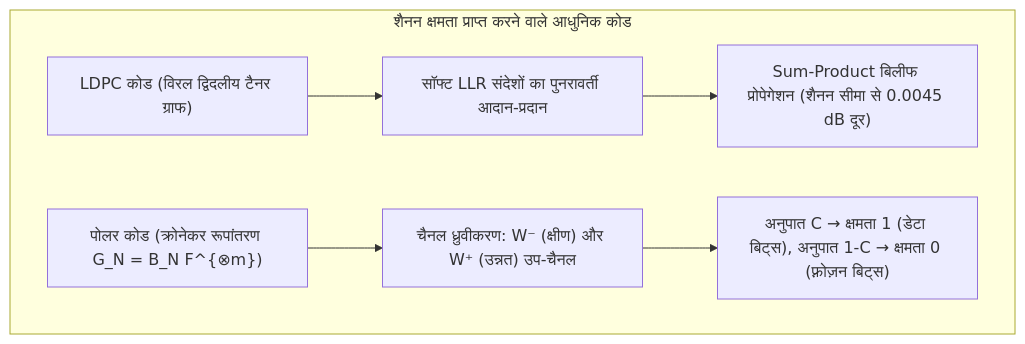
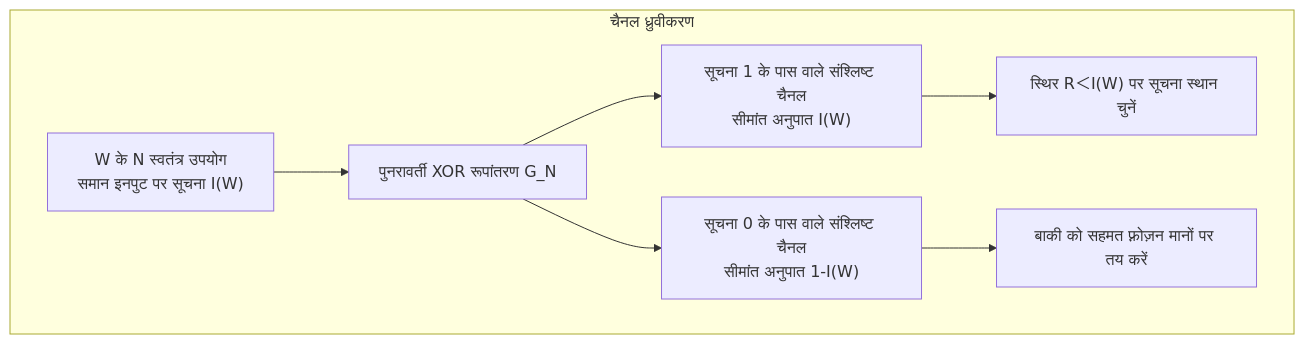
One commit to kenjinote/blog changed the fourth of 4 diagrams in content/post/error-correcting-codes-hamming-reed-solomon-ldpc-shannon-capacity-information-theory/index.hi.md. Above: the diagram before and after it, drawn with Mermaid. The commit also changed other lines of this file and 12 other files, not shown here.

````diff
--- a/content/post/error-correcting-codes-hamming-reed-solomon-ldpc-shannon-capacity-information-theory/index.hi.md
+++ b/content/post/error-correcting-codes-hamming-reed-solomon-ldpc-shannon-capacity-information-theory/index.hi.md
@@ -133,9 +508,10 @@
 ```mermaid
 flowchart TD
-    subgraph CapHI["शैनन क्षमता प्राप्त करने वाले आधुनिक कोड"]
-        L1["LDPC कोड (विरल द्विदलीय टैनर ग्राफ)"] --> L2["सॉफ्ट LLR संदेशों का पुनरावर्ती आदान-प्रदान"]
-        L2 --> L3["Sum-Product बिलीफ प्रोपेगेशन (शैनन सीमा से 0.0045 dB दूर)"]
-        P1["पोलर कोड (क्रोनेकर रूपांतरण G_N = B_N F^{⊗m})"] --> P2["चैनल ध्रुवीकरण: W⁻ (क्षीण) और W⁺ (उन्नत) उप-चैनल"]
-        P2 --> P3["अनुपात C → क्षमता 1 (डेटा बिट्स), अनुपात 1-C → क्षमता 0 (फ़्रोज़न बिट्स)"]
+    subgraph Polar["चैनल ध्रुवीकरण"]
+        W["W के N स्वतंत्र उपयोग<br/>समान इनपुट पर सूचना I(W)"] --> Kron["पुनरावर्ती XOR रूपांतरण G_N"]
+        Kron --> Good["सूचना 1 के पास वाले संश्लिष्ट चैनल<br/>सीमांत अनुपात I(W)"]
+        Kron --> Bad["सूचना 0 के पास वाले संश्लिष्ट चैनल<br/>सीमांत अनुपात 1-I(W)"]
+        Good --> Info["स्थिर R＜I(W) पर सूचना स्थान चुनें"]
+        Bad --> Frozen["बाकी को सहमत फ़्रोज़न मानों पर तय करें"]
     end
 ```
````
